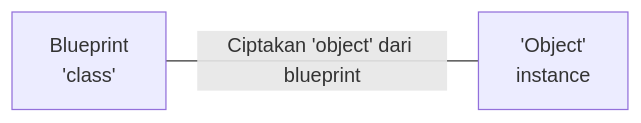
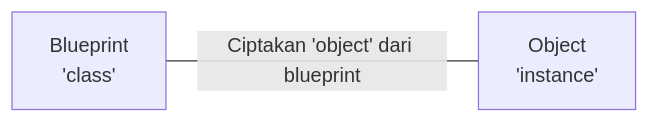
One commit to sampah92/wikiku changed the second of 2 diagrams in Python/python4.md. Above: the diagram before and after it, drawn with Mermaid. The commit also changed other lines of this file, not shown here.

Commit message:
docs: update Python/python4

````diff
--- a/Python/python4.md
+++ b/Python/python4.md
@@ -41,4 +41,4 @@
 ```mermaid
 graph LR
-    MenuItem[Blueprint<br>'class']---|Ciptakan 'object' dari blueprint|B['Object'<br>instance]
+    MenuItem[Blueprint<br>'class']---|Ciptakan 'object' dari blueprint|B[Object<br>'instance']
 ```
````
